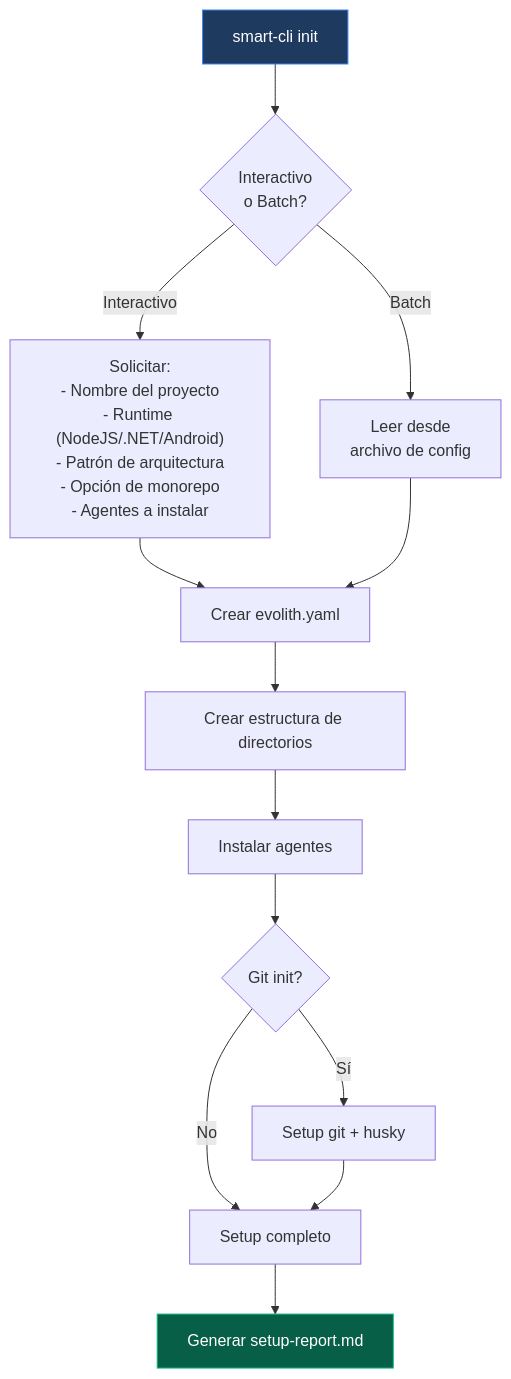
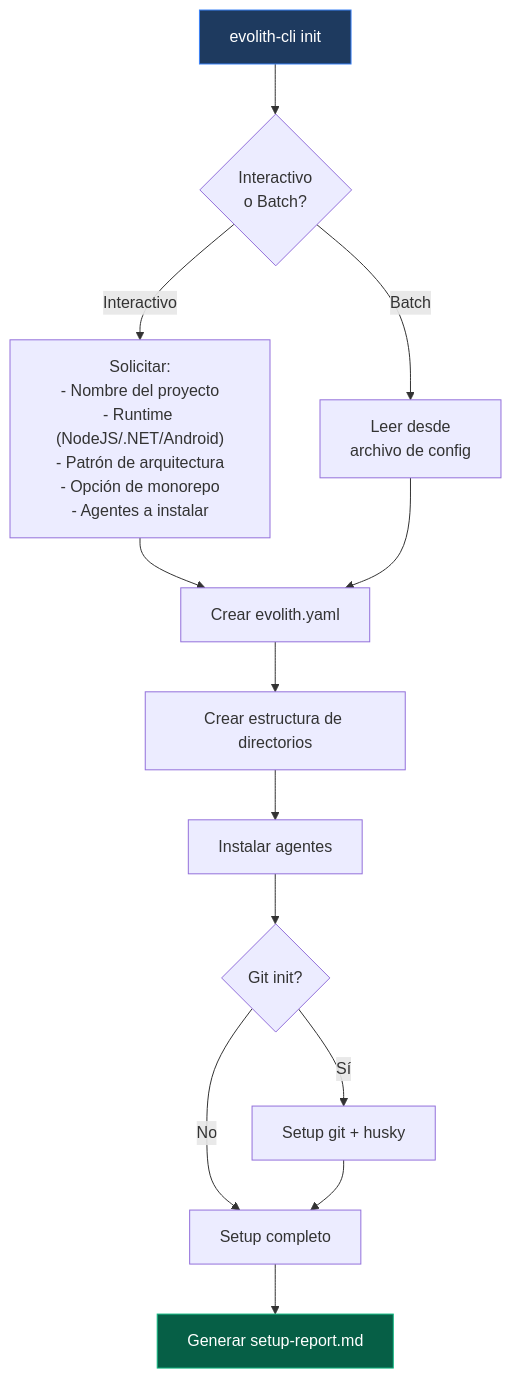
Before and after one commit to beyondnetcode/evolith_arch32: the fifth of 14 diagrams in src/sdk/cli/ARCHITECTURE.es.md, drawn with Mermaid. The commit also changed other lines of this file and 195 other files, not shown here.

First line of the commit message:
refactor(brand): align "Smart CLI" → "Evolith CLI" across docs, code, npm, and assemblies

````diff
--- a/src/sdk/cli/ARCHITECTURE.es.md
+++ b/src/sdk/cli/ARCHITECTURE.es.md
@@ -232,18 +232,18 @@
 ```mermaid
 flowchart TB
-    A["smart-cli init"] --> B{"Interactivo\no Batch?"}
+    A["evolith-cli init"] --> B{"Interactivo\no Batch?"}
     B -->|"Interactivo"| C["Solicitar:\n- Nombre del proyecto\n- Runtime (NodeJS/.NET/Android)\n- Patrón de arquitectura\n- Opción de monorepo\n- Agentes a instalar"]
     B -->|"Batch"| D["Leer desde\narchivo de config"]
     C --> E["Crear evolith.yaml"]
     D --> E
     E --> F["Crear estructura de directorios"]
     F --> G["Instalar agentes"]
     G --> H{"Git init?"}
     H -->|"Sí"| I["Setup git + husky"]
     H -->|"No"| J["Setup completo"]
     I --> J
     J --> K["Generar setup-report.md"]
 
     style A fill:#1e3a5f,stroke:#3b82f6,color:#fff
     style K fill:#065f46,stroke:#10b981,color:#fff
 ```
````
